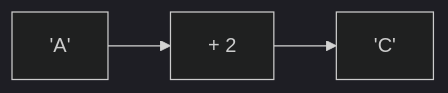
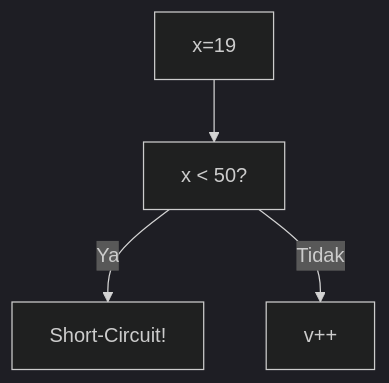
One commit to amnahwaida/OSNK_INF_PREP changed the fourth of 25 diagrams in part-c-pemahaman-cpp/02-percabangan/latihan/set-11.md. Above: the diagram before and after it, drawn with Mermaid (dark theme). The commit also changed other lines of this file and 71 other files, not shown here.

````diff
--- a/part-c-pemahaman-cpp/02-percabangan/latihan/set-11.md
+++ b/part-c-pemahaman-cpp/02-percabangan/latihan/set-11.md
@@ -149,5 +105,6 @@
 ```mermaid
-graph LR
-A["'A'"] --> B["+ 2"]
-B --> C["'C'"]
+graph TD
+A["x=19"] --> B["x < 50?"]
+B -- Ya --> C["Short-Circuit!"]
+B -- Tidak --> D["v++"]
 ```
````
